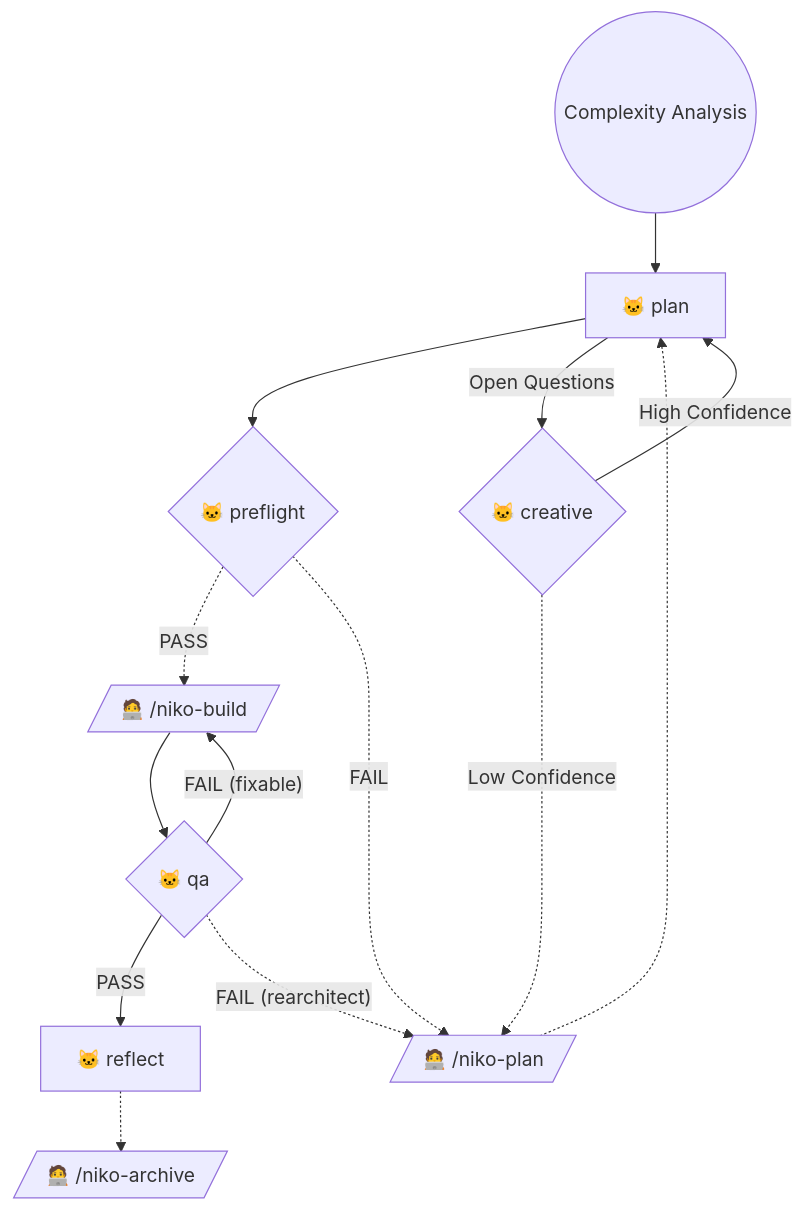
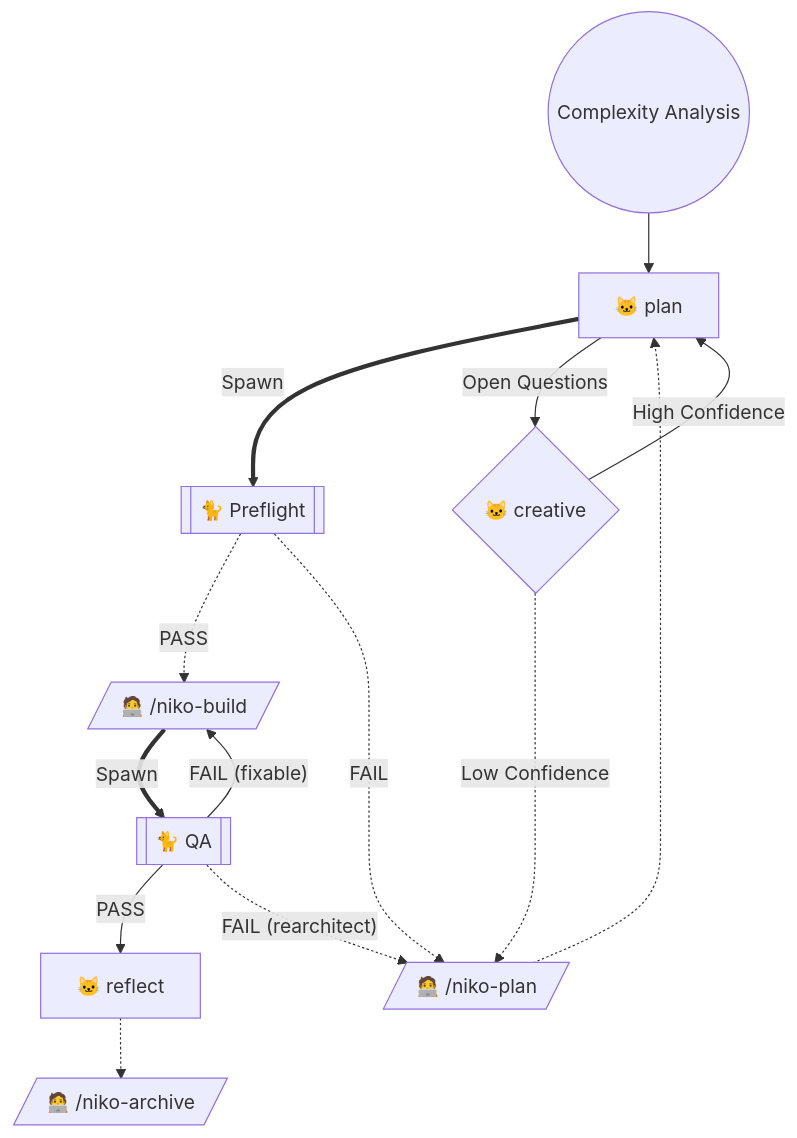
The diagram in .cursor/skills/shared/niko/references/level3/level3-workflow.md (Texarkanine/jekyll-highlight-cards), drawn with Mermaid before and after one commit. The commit also changed other lines of this file and 15 other files, not shown here.

````diff
--- a/.cursor/skills/shared/niko/references/level3/level3-workflow.md
+++ b/.cursor/skills/shared/niko/references/level3/level3-workflow.md
@@ -9,19 +9,19 @@
 ```mermaid
 graph TD
     Start(("Complexity Analysis")) --> NikoPlan["🐱 plan"]
-    NikoPlan --> NikoPreflight{"🐱 preflight"}
+    NikoPlan ==Spawn==> NikoPreflight[["🐈 Preflight"]]
     NikoPreflight -.->|"PASS"| ManualBuild[/"🧑‍💻 /niko-build"/]
     NikoPreflight -.->|"FAIL"| ManualPlan[/"🧑‍💻 /niko-plan"/]
 
     NikoPlan -->|"Open Questions"| NikoCreative{"🐱 creative"}
     NikoCreative -->|"High Confidence"| NikoPlan
-    NikoCreative -.->|"Low Confidence"| ManualPlan[/"🧑‍💻 /niko-plan"/]
+    NikoCreative -.->|"Low Confidence"| ManualPlan
 
-    ManualBuild --> NikoQA{"🐱 qa"}
+    ManualBuild ==Spawn==> NikoQA[["🐈 QA"]]
     NikoQA -->|"PASS"| NikoReflect["🐱 reflect"]
     NikoReflect -.-> ManualArchive[/"🧑‍💻 /niko-archive"/]
     NikoQA -->|"FAIL (fixable)"| ManualBuild
     NikoQA -.->|"FAIL (rearchitect)"| ManualPlan
 
     ManualPlan -.-> NikoPlan
 ```
````
